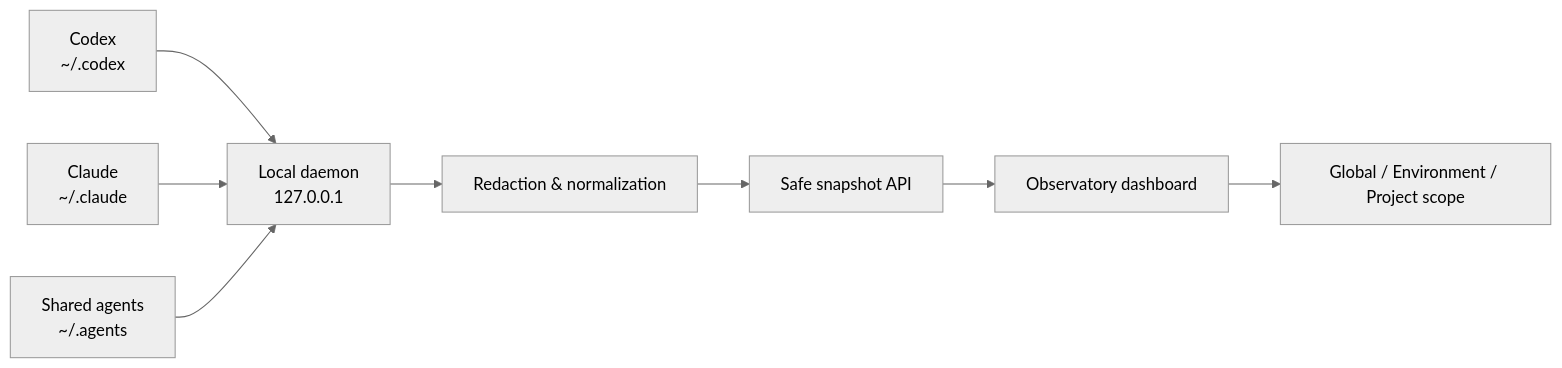
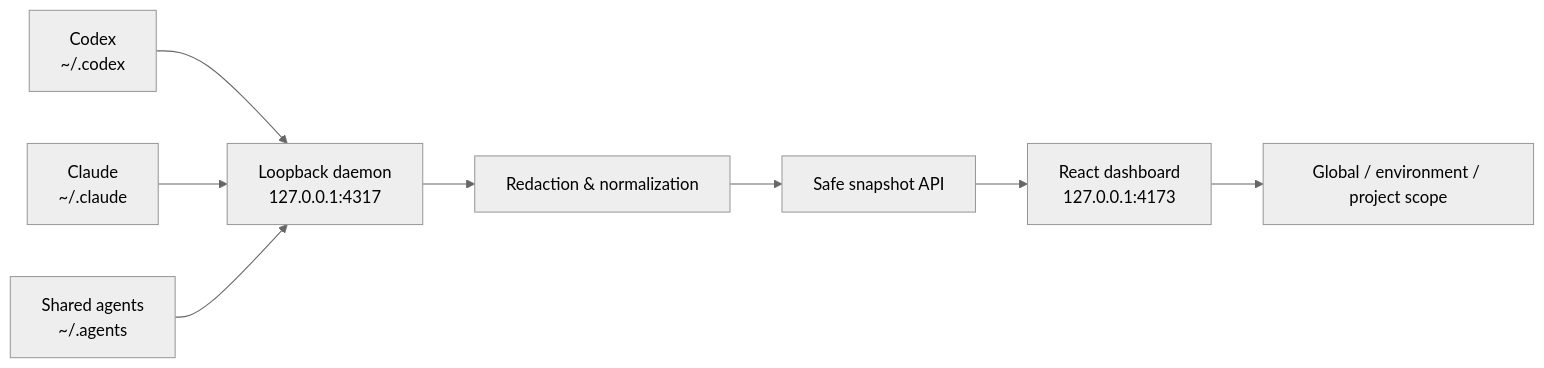
Before and after one commit to J3vn0/Agent-Observatory: the second of 2 diagrams in README.md, drawn with Mermaid (neutral theme). The commit also changed other lines of this file and 2 other files, not shown here.

Commit message:
docs: refresh Agent Observatory readmes

```diff
--- a/README.md
+++ b/README.md
@@ -63,10 +94,10 @@
 ~~~mermaid
 flowchart LR
-  C["Codex<br/>~/.codex"] --> D["Local daemon<br/>127.0.0.1"]
+  C["Codex<br/>~/.codex"] --> D["Loopback daemon<br/>127.0.0.1:4317"]
   L["Claude<br/>~/.claude"] --> D
   A["Shared agents<br/>~/.agents"] --> D
   D --> R["Redaction & normalization"]
   R --> S["Safe snapshot API"]
-  S --> W["Observatory dashboard"]
-  W --> P["Global / Environment / Project scope"]
+  S --> W["React dashboard<br/>127.0.0.1:4173"]
+  W --> Q["Global / environment / project scope"]
 ~~~
```
